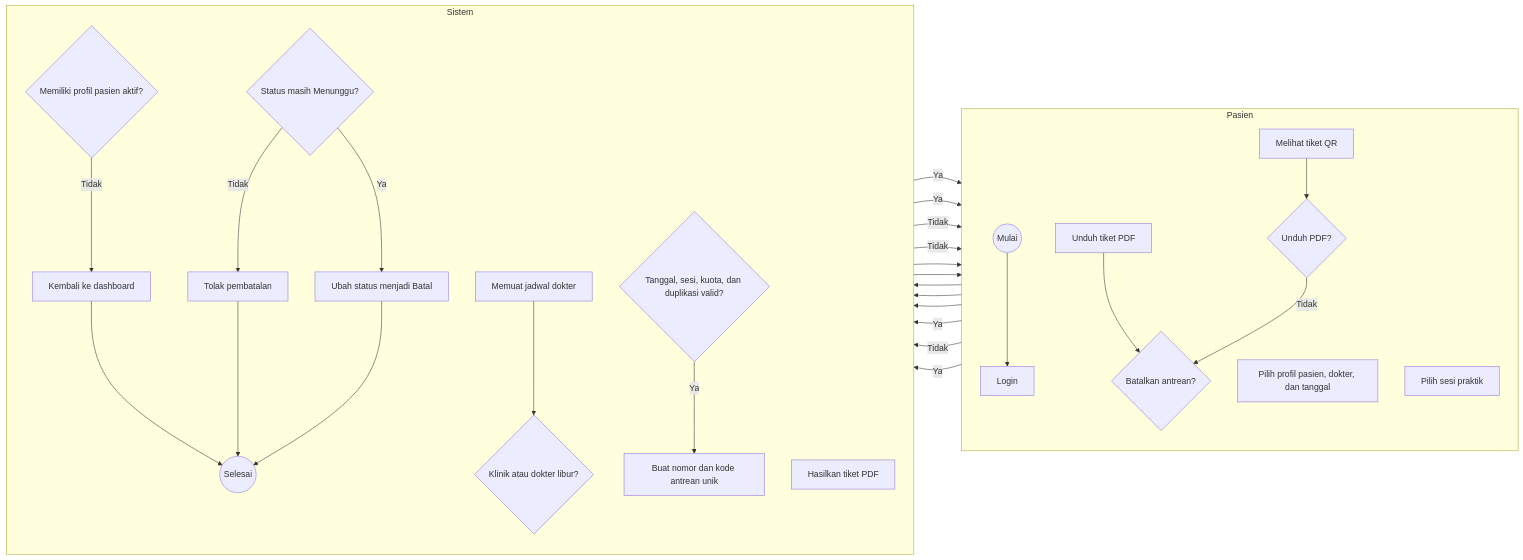
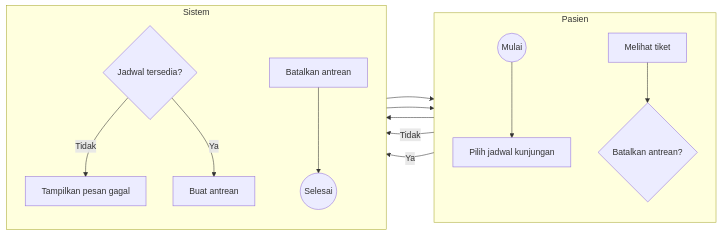
One commit to Faathir81/Sistem-Informasi-Klinik changed the third of 7 diagrams in dokumentasi/spesifikasi-proyek/activity-diagrams.md. Above: the diagram before and after it, drawn with Mermaid. The commit also changed other lines of this file, not shown here.

Commit message:
docs: simplify activity diagrams for thesis report

````diff
--- a/dokumentasi/spesifikasi-proyek/activity-diagrams.md
+++ b/dokumentasi/spesifikasi-proyek/activity-diagrams.md
@@ -90,43 +74,25 @@
 ```mermaid
 flowchart LR
     subgraph pasienLane["Pasien"]
         direction TB
         start((Mulai))
-        login[Login]
-        choose[Pilih profil pasien, dokter, dan tanggal]
-        select[Pilih sesi praktik]
-        ticket[Melihat tiket QR]
-        pdf{Unduh PDF?}
-        download[Unduh tiket PDF]
-        cancel{Batalkan antrean?}
+        pilih[Pilih jadwal kunjungan]
+        tiket[Melihat tiket]
+        batal{Batalkan antrean?}
     end
 
     subgraph sistemLane["Sistem"]
         direction TB
-        profile{Memiliki profil pasien aktif?}
-        dashboard[Kembali ke dashboard]
-        schedule[Memuat jadwal dokter]
-        holiday{Klinik atau dokter libur?}
-        validate{Tanggal, sesi, kuota, dan duplikasi valid?}
-        queue[Buat nomor dan kode antrean unik]
-        generatePdf[Hasilkan tiket PDF]
-        waiting{Status masih Menunggu?}
-        error[Tolak pembatalan]
-        cancelled[Ubah status menjadi Batal]
+        cek{Jadwal tersedia?}
+        buat[Buat antrean]
+        ubah[Batalkan antrean]
+        pesan[Tampilkan pesan gagal]
         finish((Selesai))
     end
 
-    start --> login --> profile
-    profile -- Tidak --> dashboard --> finish
-    profile -- Ya --> choose --> schedule --> holiday
-    holiday -- Ya --> choose
-    holiday -- Tidak --> select --> validate
-    validate -- Tidak --> choose
-    validate -- Ya --> queue --> ticket --> pdf
-    pdf -- Ya --> generatePdf --> download --> cancel
-    pdf -- Tidak --> cancel
-    cancel -- Tidak --> finish
-    cancel -- Ya --> waiting
-    waiting -- Tidak --> error --> finish
-    waiting -- Ya --> cancelled --> finish
+    start --> pilih --> cek
+    cek -- Tidak --> pesan --> pilih
+    cek -- Ya --> buat --> tiket --> batal
+    batal -- Tidak --> finish
+    batal -- Ya --> ubah --> finish
 ```
````
